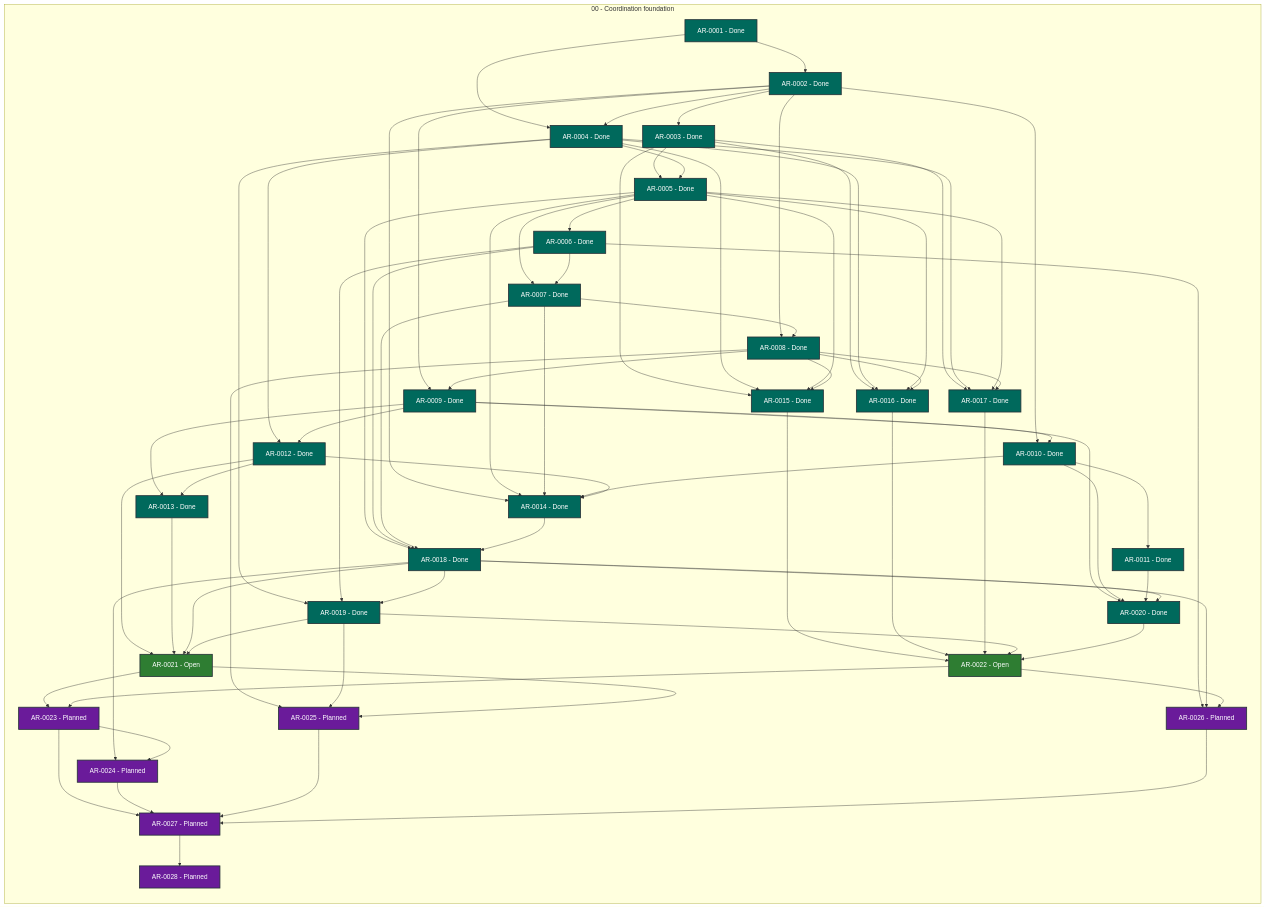
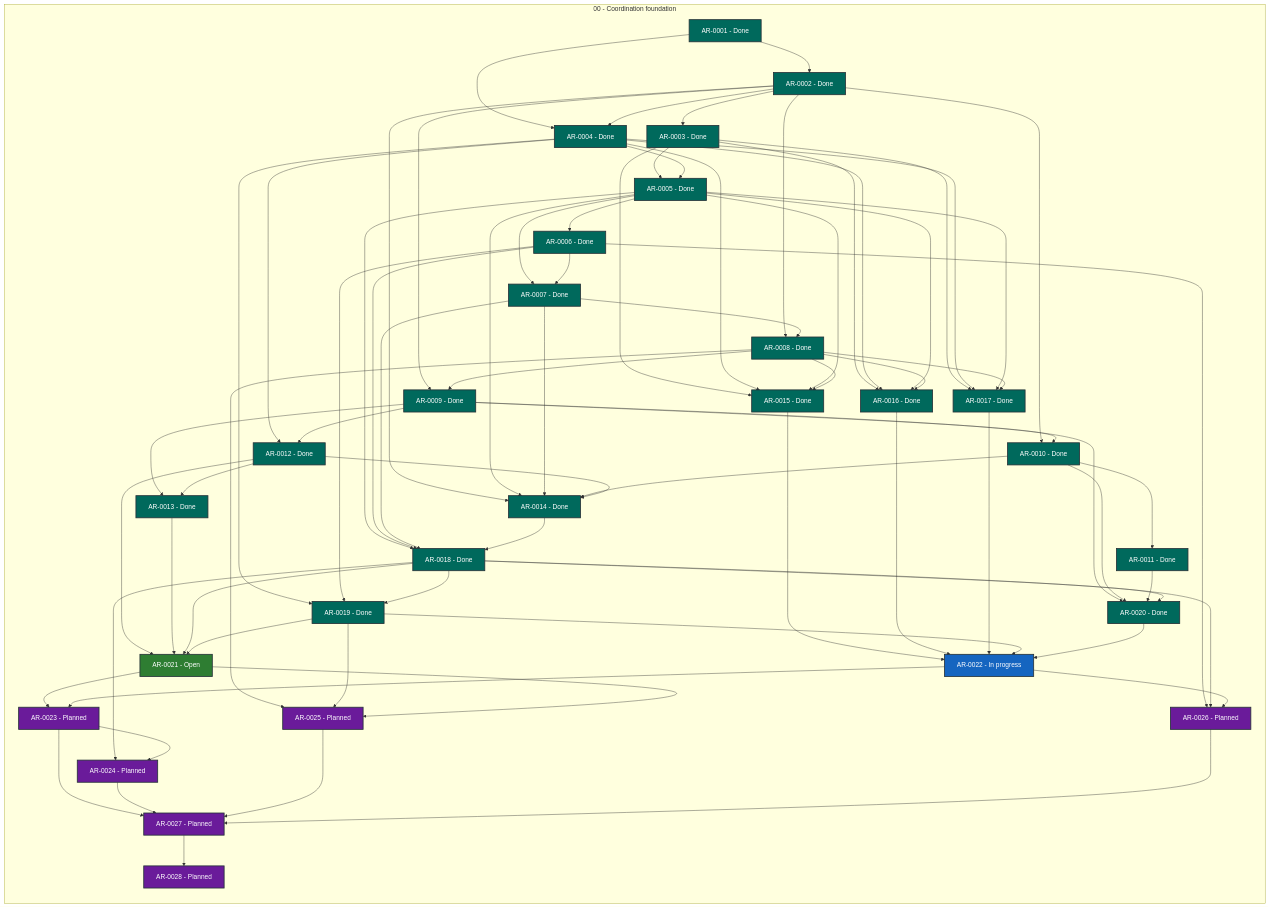
Before and after one commit to martin-beck/agent-workflow-runtime-state: the diagram in STATUS.md, drawn with Mermaid. The commit also changed other lines of this file and 2 other files, not shown here.

```diff
--- a/STATUS.md
+++ b/STATUS.md
@@ -49,7 +49,7 @@
         AR_0019["AR-0019 - Done"]:::status_done
         AR_0020["AR-0020 - Done"]:::status_done
         AR_0021["AR-0021 - Open"]:::status_open
-        AR_0022["AR-0022 - Open"]:::status_open
+        AR_0022["AR-0022 - In progress"]:::status_in_progress
         AR_0023["AR-0023 - Planned"]:::status_planned
         AR_0024["AR-0024 - Planned"]:::status_planned
         AR_0025["AR-0025 - Planned"]:::status_planned
```
